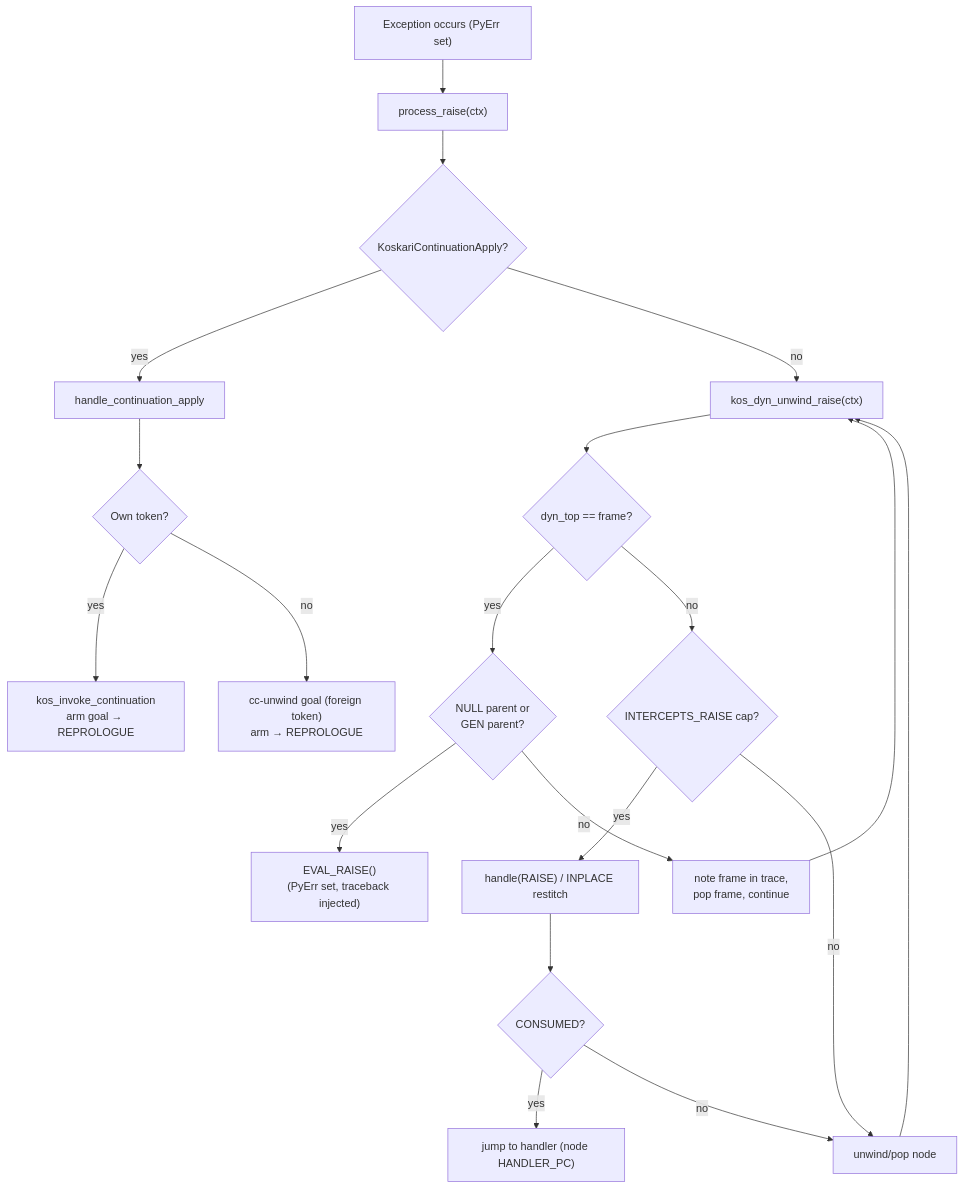
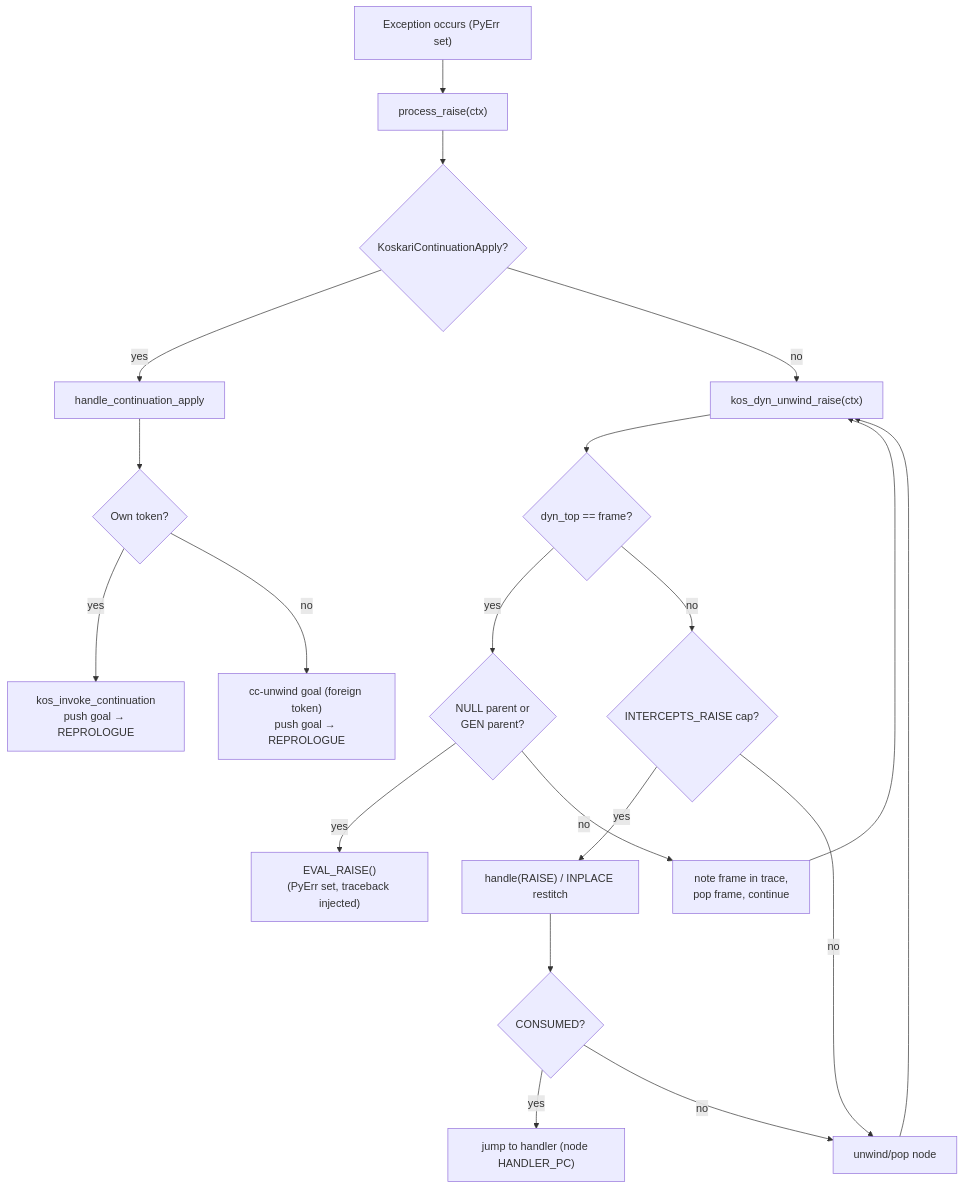
One commit to koskari-lang/koskari changed the ninth of 12 diagrams in design/EVALUATOR.md. Above: the diagram before and after it, drawn with Mermaid. The commit also changed other lines of this file, not shown here.

````diff
--- a/design/EVALUATOR.md
+++ b/design/EVALUATOR.md
@@ -705,40 +705,40 @@
 ```mermaid
 flowchart TD
     exc["Exception occurs (PyErr set)"]
     process["process_raise(ctx)"]
     cc_check{"KoskariContinuationApply?"}
     handle_cc["handle_continuation_apply"]
     own{"Own token?"}
-    invoke["kos_invoke_continuation<br/>arm goal → REPROLOGUE"]
-    foreign["cc-unwind goal (foreign token)<br/>arm → REPROLOGUE"]
+    invoke["kos_invoke_continuation<br/>push goal → REPROLOGUE"]
+    foreign["cc-unwind goal (foreign token)<br/>push goal → REPROLOGUE"]
     try_local["kos_dyn_unwind_raise(ctx)"]
-    gate{"INTERCEPTS_RAISE cap?"}
+    cap{"INTERCEPTS_RAISE cap?"}
     dispatch["handle(RAISE) / INPLACE restitch"]
     consumed{"CONSUMED?"}
     jump["jump to handler (node HANDLER_PC)"]
     pop["unwind/pop node"]
     frame_edge{"dyn_top == frame?"}
     cross["note frame in trace,<br/>pop frame, continue"]
     exit_edge{"NULL parent or<br/>GEN parent?"}
     no_handler["EVAL_RAISE()<br/>(PyErr set, traceback injected)"]
 
     exc --> process
     process --> cc_check
     cc_check -->|yes| handle_cc
     handle_cc --> own
     own -->|yes| invoke
     own -->|no| foreign
     cc_check -->|no| try_local
     try_local --> frame_edge
     frame_edge -->|yes| exit_edge
     exit_edge -->|yes| no_handler
     exit_edge -->|no| cross
     cross --> try_local
-    frame_edge -->|no| gate
-    gate -->|yes| dispatch
+    frame_edge -->|no| cap
+    cap -->|yes| dispatch
     dispatch --> consumed
     consumed -->|yes| jump
     consumed -->|no| pop
-    gate -->|no| pop
+    cap -->|no| pop
     pop --> try_local
 ```
````
